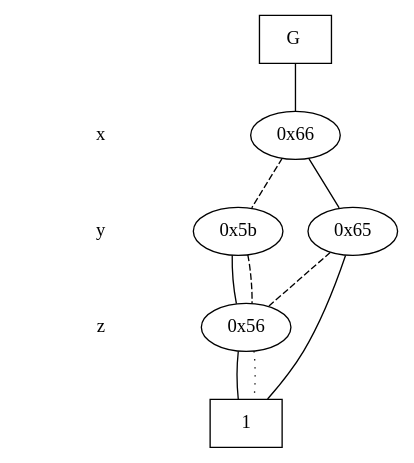
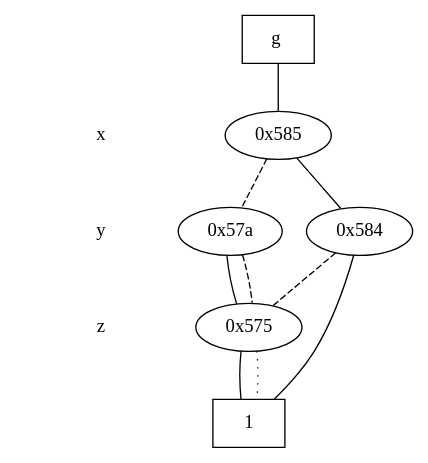
Before and after one commit to steefbrown/ece6740: the diagram in cudd-3.0.0/hw5_quotient.dot, drawn with Graphviz. The commit also changed 26 other files, not shown here.

```diff
--- a/cudd-3.0.0/hw5_quotient.dot
+++ b/cudd-3.0.0/hw5_quotient.dot
@@ -1,36 +1,36 @@
 digraph "DD" {
 size = "7.5,10"
 center = true;
 edge [dir = none];
 { node [shape = plaintext];
   edge [style = invis];
   "CONST NODES" [style = invis];
 " x " -> " y " -> " z " -> "CONST NODES"; 
 }
 { rank = same; node [shape = box]; edge [style = invis];
-"  G  "; }
+"  g  "; }
 { rank = same; " x ";
-"0x66";
+"0x585";
 }
 { rank = same; " y ";
-"0x5b";
-"0x65";
+"0x57a";
+"0x584";
 }
 { rank = same; " z ";
-"0x56";
+"0x575";
 }
 { rank = same; "CONST NODES";
-{ node [shape = box]; "0x50";
+{ node [shape = box]; "0x56f";
 }
 }
-"  G  " -> "0x66" [style = solid];
-"0x66" -> "0x65";
-"0x66" -> "0x5b" [style = dashed];
-"0x5b" -> "0x56";
-"0x5b" -> "0x56" [style = dashed];
-"0x65" -> "0x50";
-"0x65" -> "0x56" [style = dashed];
-"0x56" -> "0x50";
-"0x56" -> "0x50" [style = dotted];
-"0x50" [label = "1"];
+"  g  " -> "0x585" [style = solid];
+"0x585" -> "0x584";
+"0x585" -> "0x57a" [style = dashed];
+"0x57a" -> "0x575";
+"0x57a" -> "0x575" [style = dashed];
+"0x584" -> "0x56f";
+"0x584" -> "0x575" [style = dashed];
+"0x575" -> "0x56f";
+"0x575" -> "0x56f" [style = dotted];
+"0x56f" [label = "1"];
 }
```
